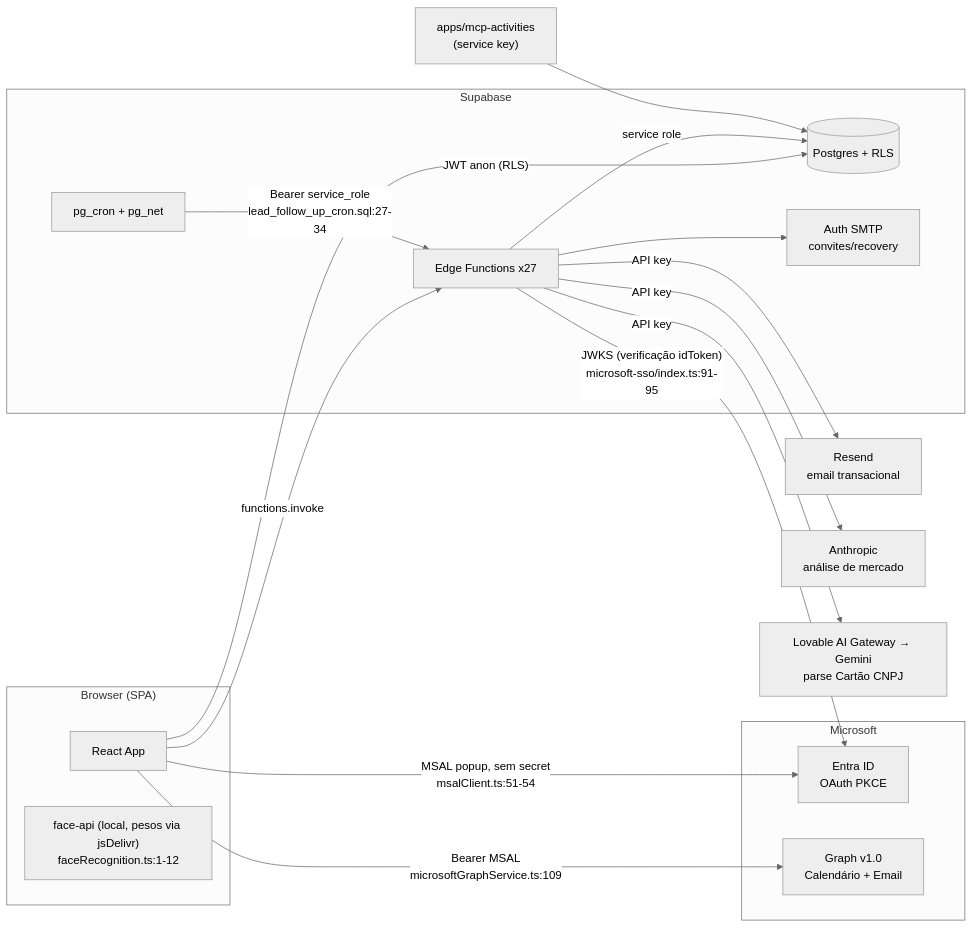
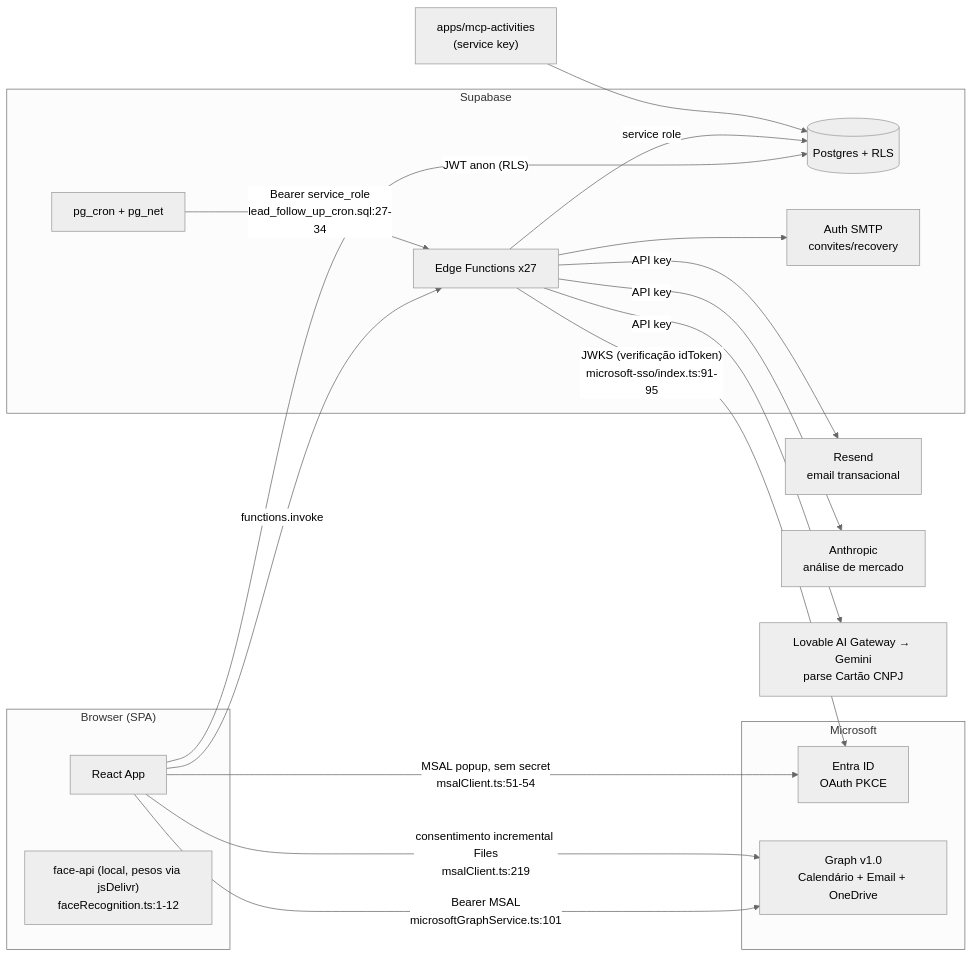
One commit to Origami-Lab-Organization/og-pulse changed the diagram in .harness/docs/architecture/integrations.md. Above: the diagram before and after it, drawn with Mermaid (neutral theme). The commit also changed other lines of this file and 57 other files, not shown here.

````diff
--- a/.harness/docs/architecture/integrations.md
+++ b/.harness/docs/architecture/integrations.md
@@ -21,36 +21,37 @@
 ```mermaid
 flowchart LR
     subgraph Browser["Browser (SPA)"]
         SPA[React App]
         FACE["face-api (local, pesos via jsDelivr)<br/>faceRecognition.ts:1-12"]
     end
 
     subgraph Supabase
         REST[(Postgres + RLS)]
         EF[Edge Functions x27]
         CRON[pg_cron + pg_net]
         SMTP[Auth SMTP<br/>convites/recovery]
     end
 
     subgraph Microsoft
         ENTRA[Entra ID<br/>OAuth PKCE]
-        GRAPH[Graph v1.0<br/>Calendário + Email]
+        GRAPH[Graph v1.0<br/>Calendário + Email + OneDrive]
     end
 
     EXT1[Resend<br/>email transacional]
     EXT2[Anthropic<br/>análise de mercado]
     EXT3[Lovable AI Gateway → Gemini<br/>parse Cartão CNPJ]
 
     SPA -->|"JWT anon (RLS)"| REST
     SPA -->|functions.invoke| EF
     SPA -->|"MSAL popup, sem secret<br/>msalClient.ts:51-54"| ENTRA
-    SPA -->|"Bearer MSAL<br/>microsoftGraphService.ts:109"| GRAPH
+    SPA -->|"Bearer MSAL<br/>microsoftGraphService.ts:101"| GRAPH
+    SPA -->|"consentimento incremental Files<br/>msalClient.ts:219"| GRAPH
     CRON -->|"Bearer service_role<br/>lead_follow_up_cron.sql:27-34"| EF
     EF -->|service role| REST
     EF -->|"JWKS (verificação idToken)<br/>microsoft-sso/index.ts:91-95"| ENTRA
     EF -->|API key| EXT1
     EF -->|API key| EXT2
     EF -->|API key| EXT3
     EF --> SMTP
     MCP["apps/mcp-activities<br/>(service key)"] --> REST
 ```
````
